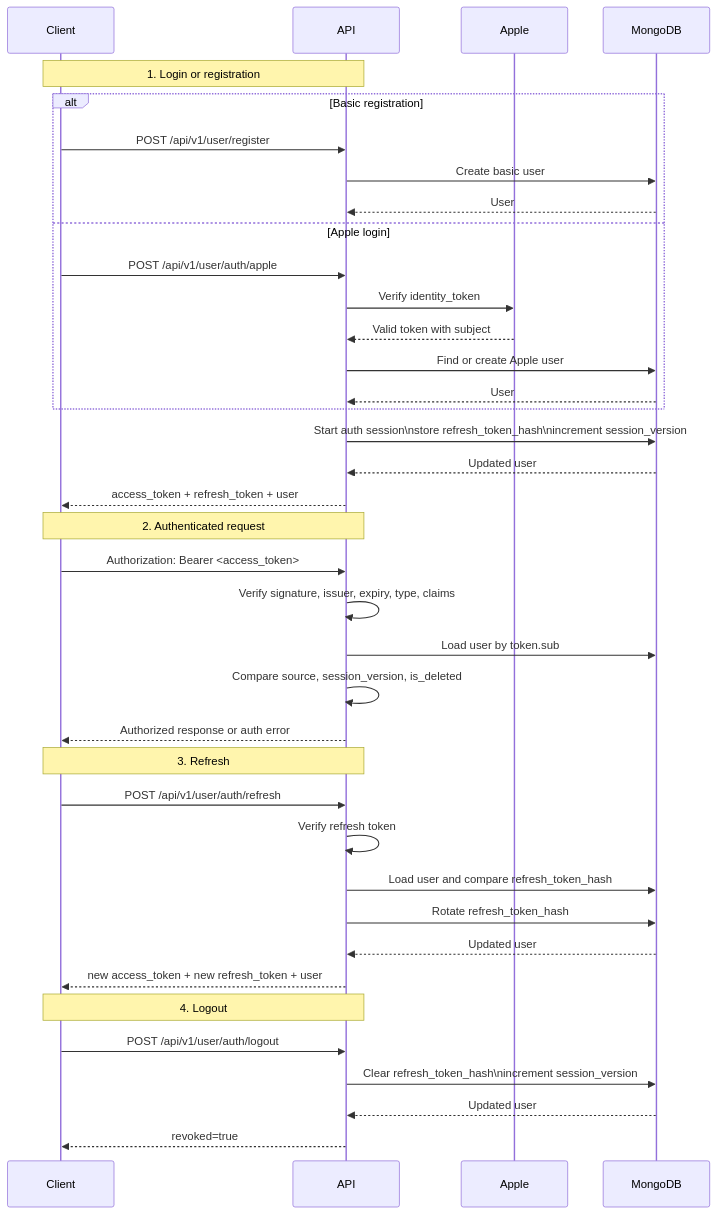
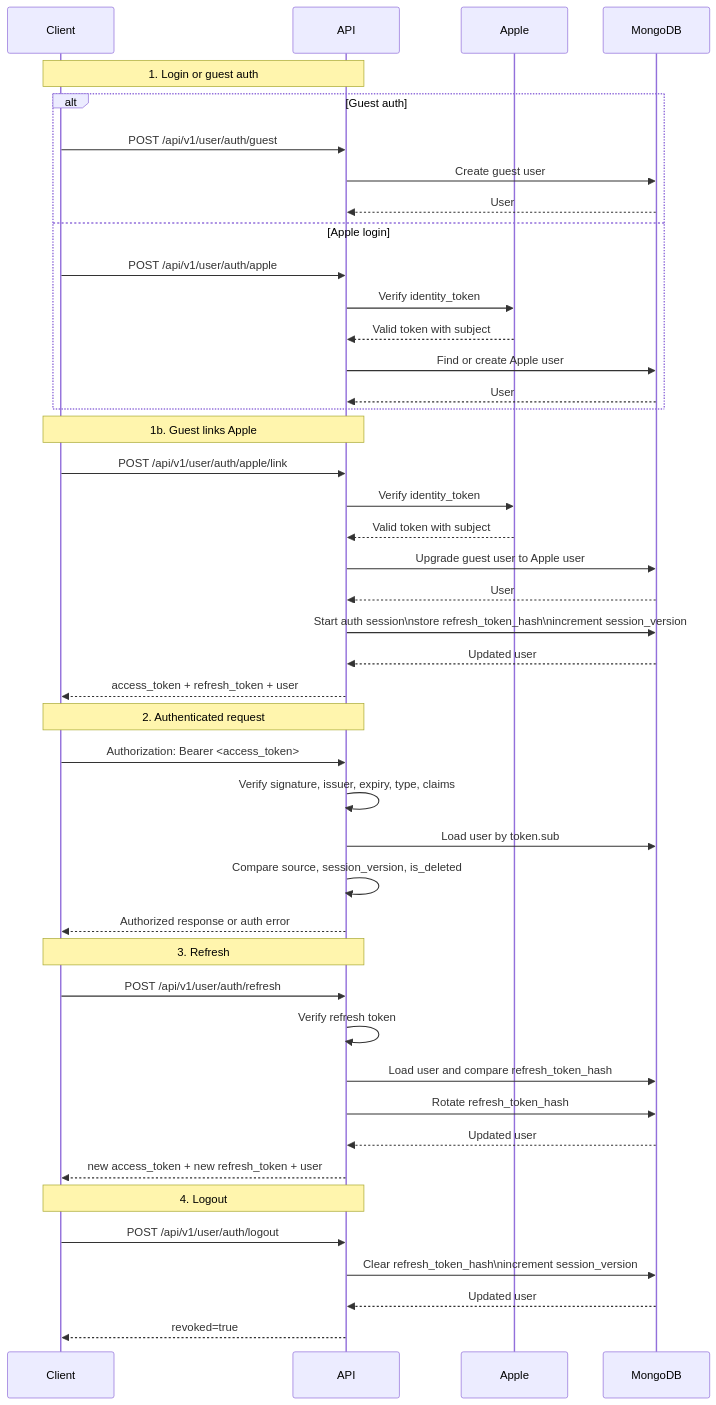
The diagram in docs/user/guide-auth-sequence.md (ben4932042/parking_pet_api), drawn with Mermaid before and after one commit. The commit also changed other lines of this file and 19 other files, not shown here.

First line of the commit message:
feat: Replace "basic" with "guest" account naming and add Apple linking

````diff
--- a/docs/user/guide-auth-sequence.md
+++ b/docs/user/guide-auth-sequence.md
@@ -22,45 +22,52 @@
 ```mermaid
 sequenceDiagram
     participant Client
     participant API
     participant Apple
     participant MongoDB
 
-    Note over Client,API: 1. Login or registration
-    alt Basic registration
-        Client->>API: POST /api/v1/user/register
-        API->>MongoDB: Create basic user
+    Note over Client,API: 1. Login or guest auth
+    alt Guest auth
+        Client->>API: POST /api/v1/user/auth/guest
+        API->>MongoDB: Create guest user
         MongoDB-->>API: User
     else Apple login
         Client->>API: POST /api/v1/user/auth/apple
         API->>Apple: Verify identity_token
         Apple-->>API: Valid token with subject
         API->>MongoDB: Find or create Apple user
         MongoDB-->>API: User
     end
+
+    Note over Client,API: 1b. Guest links Apple
+    Client->>API: POST /api/v1/user/auth/apple/link
+    API->>Apple: Verify identity_token
+    Apple-->>API: Valid token with subject
+    API->>MongoDB: Upgrade guest user to Apple user
+    MongoDB-->>API: User
 
     API->>MongoDB: Start auth session\nstore refresh_token_hash\nincrement session_version
     MongoDB-->>API: Updated user
     API-->>Client: access_token + refresh_token + user
 
     Note over Client,API: 2. Authenticated request
     Client->>API: Authorization: Bearer <access_token>
     API->>API: Verify signature, issuer, expiry, type, claims
     API->>MongoDB: Load user by token.sub
     API->>API: Compare source, session_version, is_deleted
     API-->>Client: Authorized response or auth error
 
     Note over Client,API: 3. Refresh
     Client->>API: POST /api/v1/user/auth/refresh
     API->>API: Verify refresh token
     API->>MongoDB: Load user and compare refresh_token_hash
     API->>MongoDB: Rotate refresh_token_hash
     MongoDB-->>API: Updated user
     API-->>Client: new access_token + new refresh_token + user
 
     Note over Client,API: 4. Logout
     Client->>API: POST /api/v1/user/auth/logout
     API->>MongoDB: Clear refresh_token_hash\nincrement session_version
     MongoDB-->>API: Updated user
     API-->>Client: revoked=true
 ```
````
